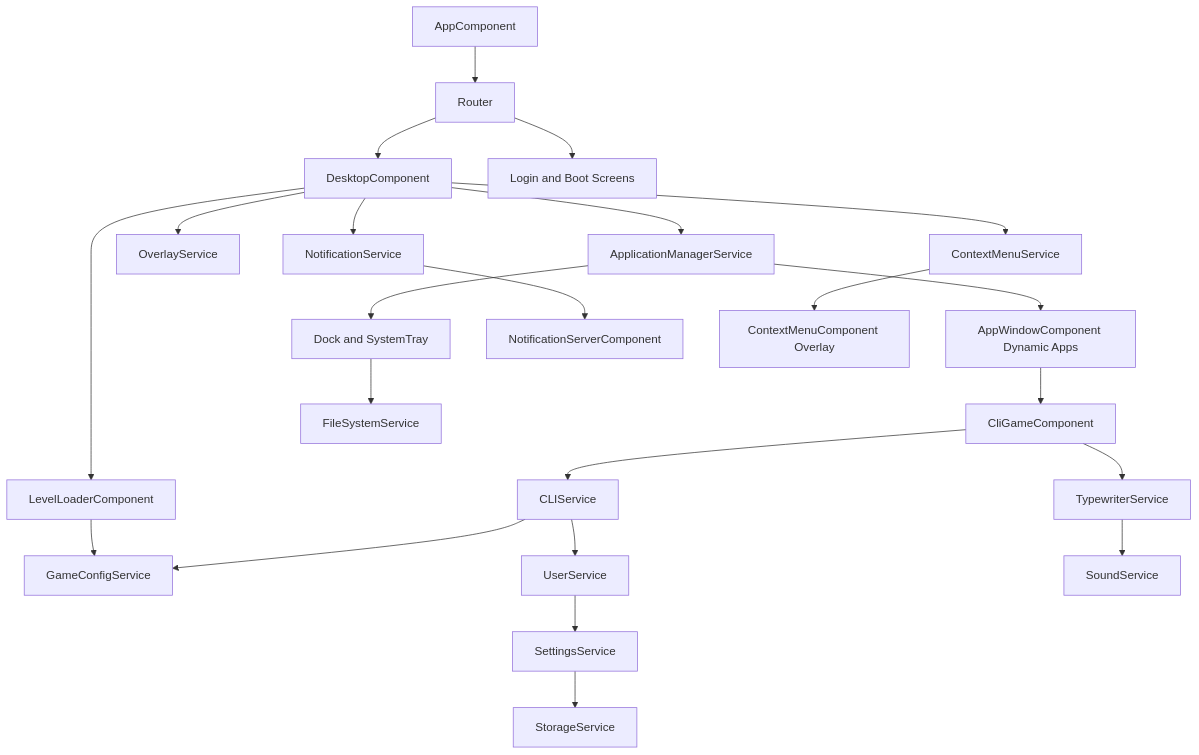
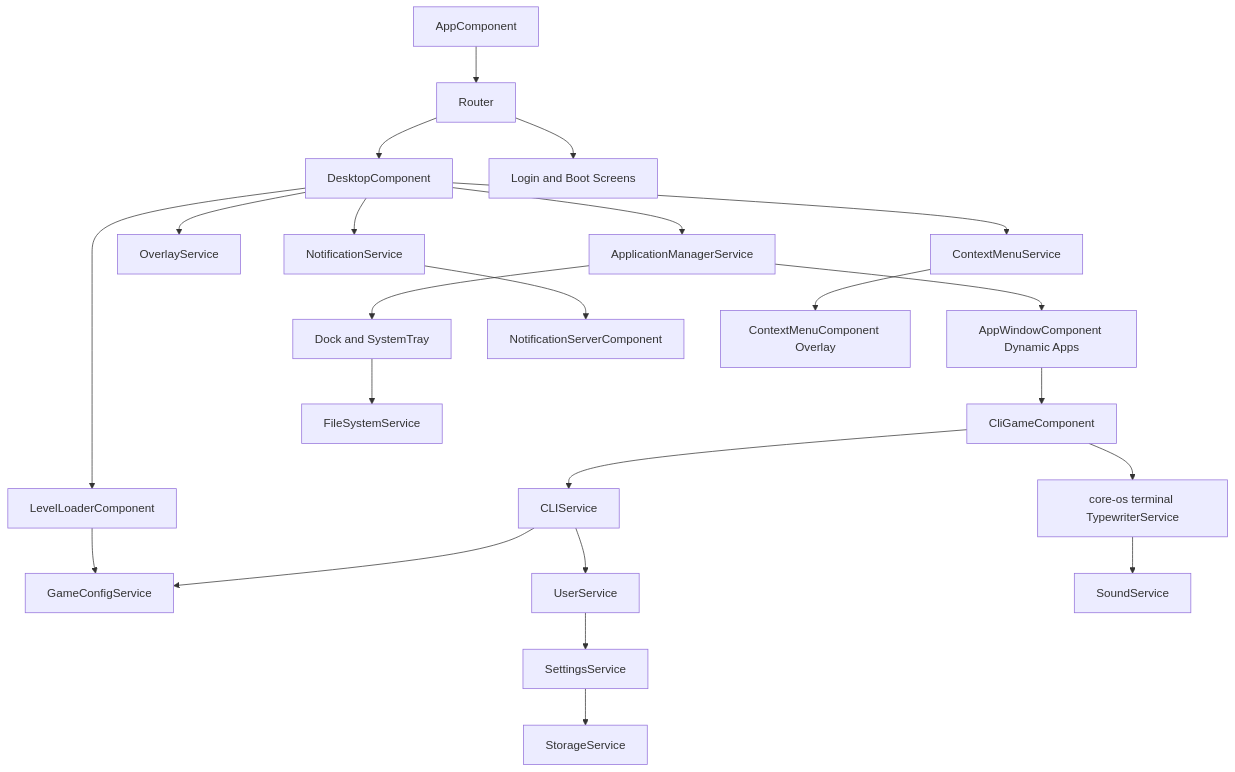
The diagram in docs/ARCHITECTURE/OVERVIEW.md (ColinMichaels/ColinMichaels-Angular), drawn with Mermaid before and after one commit. The commit also changed other lines of this file and 20 other files, not shown here.

First line of the commit message:
move typewriter runtime into core os

````diff
--- a/docs/ARCHITECTURE/OVERVIEW.md
+++ b/docs/ARCHITECTURE/OVERVIEW.md
@@ -82,33 +82,33 @@
 ```mermaid
 graph TD
   A[AppComponent] --> B[Router]
   B --> C[DesktopComponent]
   B --> D[Login and Boot Screens]
 
   C --> E[ApplicationManagerService]
   E --> F[AppWindowComponent Dynamic Apps]
   E --> G[Dock and SystemTray]
 
   C --> H[LevelLoaderComponent]
   H --> I[GameConfigService]
 
   F --> J[CliGameComponent]
   J --> K[CLIService]
   K --> I
   K --> L[UserService]
 
-  J --> M[TypewriterService]
+  J --> M[core-os terminal TypewriterService]
   M --> N[SoundService]
 
   L --> O[SettingsService]
   O --> P[StorageService]
 
   C --> Q[OverlayService]
   C --> R[NotificationService]
   R --> S[NotificationServerComponent]
 
   C --> U[ContextMenuService]
   U --> V[ContextMenuComponent Overlay]
 
   G --> T[FileSystemService]
 ```
````
